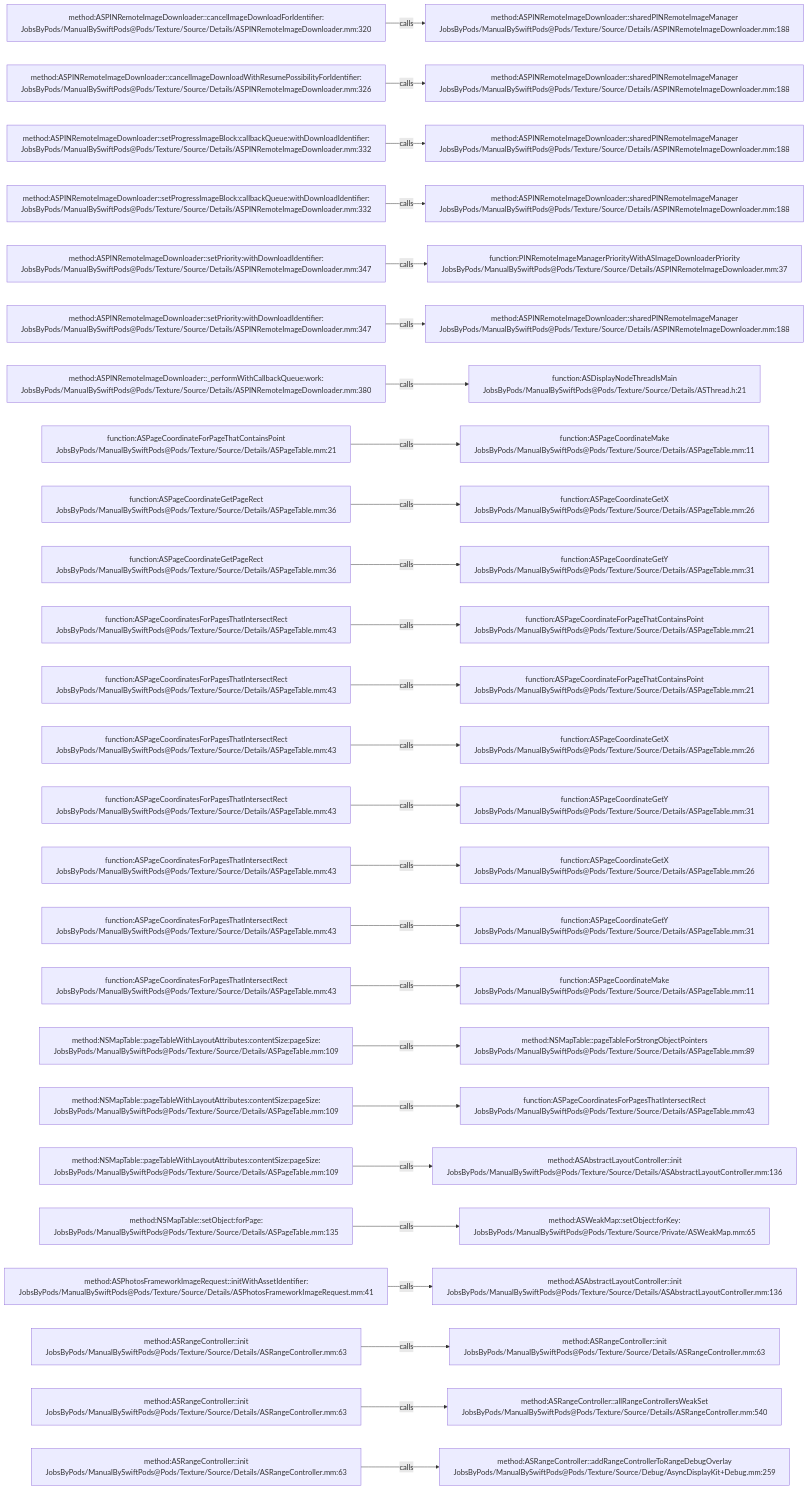
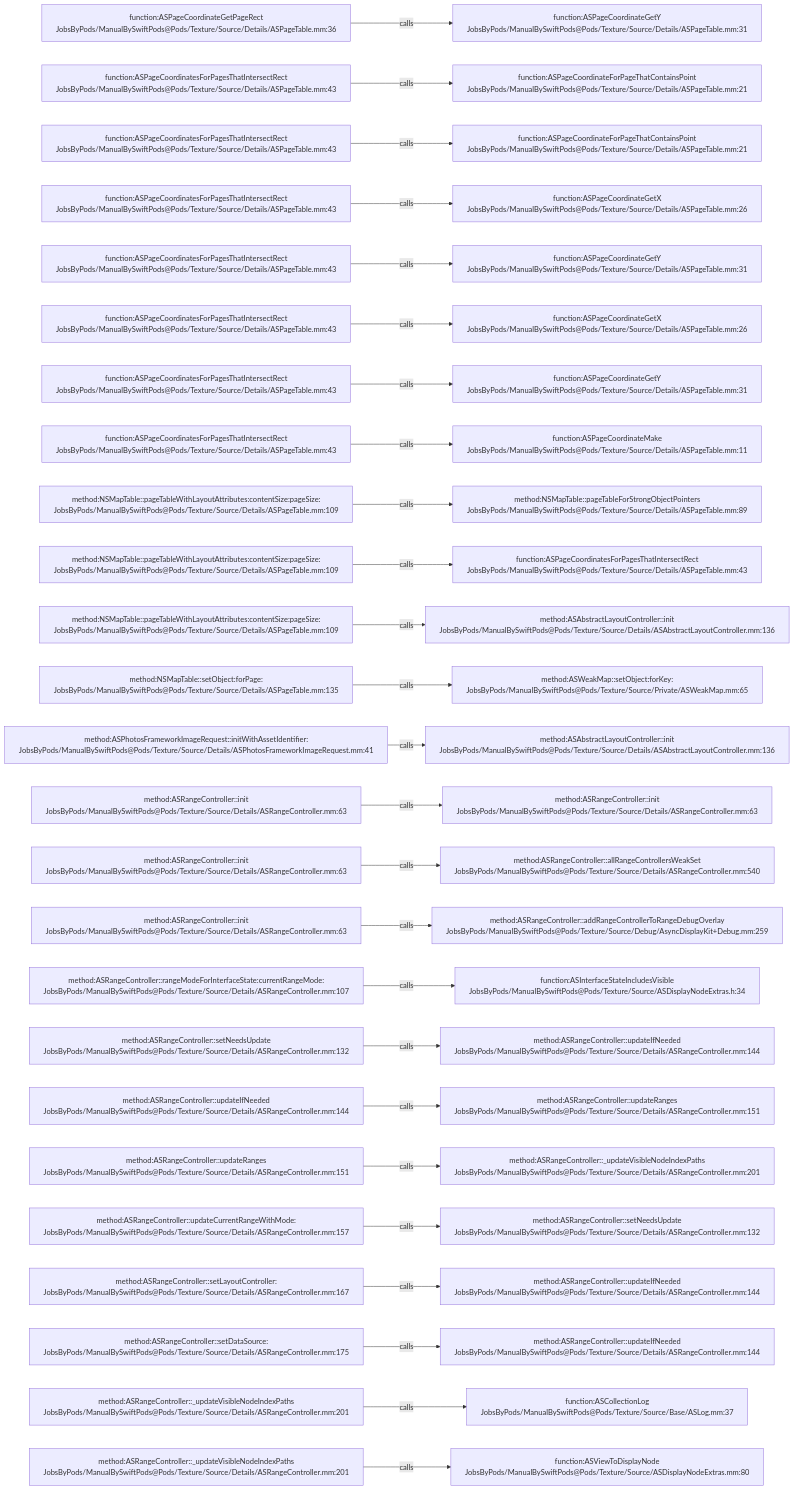
One commit to JobsKits/JobsSwiftBaseConfigDemo changed the diagram in .codegraph/codegraph.md/graphs/calls-093.md. Above: the diagram before and after it, drawn with Mermaid. The commit also changed 707 other files, not shown here.

````diff
--- a/.codegraph/codegraph.md/graphs/calls-093.md
+++ b/.codegraph/codegraph.md/graphs/calls-093.md
@@ -13,78 +13,78 @@
 ```mermaid
 flowchart LR
-  S1["method:ASPINRemoteImageDownloader::cancelImageDownloadForIdentifier:<br/>JobsByPods/ManualBySwiftPods@Pods/Texture/Source/Details/ASPINRemoteImageDownloader.mm:320"]
-  T1["method:ASPINRemoteImageDownloader::sharedPINRemoteImageManager<br/>JobsByPods/ManualBySwiftPods@Pods/Texture/Source/Details/ASPINRemoteImageDownloader.mm:188"]
+  S1["function:ASPageCoordinateGetPageRect<br/>JobsByPods/ManualBySwiftPods@Pods/Texture/Source/Details/ASPageTable.mm:36"]
+  T1["function:ASPageCoordinateGetY<br/>JobsByPods/ManualBySwiftPods@Pods/Texture/Source/Details/ASPageTable.mm:31"]
   S1 -->|calls| T1
-  S2["method:ASPINRemoteImageDownloader::cancelImageDownloadWithResumePossibilityForIdentifier:<br/>JobsByPods/ManualBySwiftPods@Pods/Texture/Source/Details/ASPINRemoteImageDownloader.mm:326"]
-  T2["method:ASPINRemoteImageDownloader::sharedPINRemoteImageManager<br/>JobsByPods/ManualBySwiftPods@Pods/Texture/Source/Details/ASPINRemoteImageDownloader.mm:188"]
+  S2["function:ASPageCoordinatesForPagesThatIntersectRect<br/>JobsByPods/ManualBySwiftPods@Pods/Texture/Source/Details/ASPageTable.mm:43"]
+  T2["function:ASPageCoordinateForPageThatContainsPoint<br/>JobsByPods/ManualBySwiftPods@Pods/Texture/Source/Details/ASPageTable.mm:21"]
   S2 -->|calls| T2
-  S3["method:ASPINRemoteImageDownloader::setProgressImageBlock:callbackQueue:withDownloadIdentifier:<br/>JobsByPods/ManualBySwiftPods@Pods/Texture/Source/Details/ASPINRemoteImageDownloader.mm:332"]
-  T3["method:ASPINRemoteImageDownloader::sharedPINRemoteImageManager<br/>JobsByPods/ManualBySwiftPods@Pods/Texture/Source/Details/ASPINRemoteImageDownloader.mm:188"]
+  S3["function:ASPageCoordinatesForPagesThatIntersectRect<br/>JobsByPods/ManualBySwiftPods@Pods/Texture/Source/Details/ASPageTable.mm:43"]
+  T3["function:ASPageCoordinateForPageThatContainsPoint<br/>JobsByPods/ManualBySwiftPods@Pods/Texture/Source/Details/ASPageTable.mm:21"]
   S3 -->|calls| T3
-  S4["method:ASPINRemoteImageDownloader::setProgressImageBlock:callbackQueue:withDownloadIdentifier:<br/>JobsByPods/ManualBySwiftPods@Pods/Texture/Source/Details/ASPINRemoteImageDownloader.mm:332"]
-  T4["method:ASPINRemoteImageDownloader::sharedPINRemoteImageManager<br/>JobsByPods/ManualBySwiftPods@Pods/Texture/Source/Details/ASPINRemoteImageDownloader.mm:188"]
+  S4["function:ASPageCoordinatesForPagesThatIntersectRect<br/>JobsByPods/ManualBySwiftPods@Pods/Texture/Source/Details/ASPageTable.mm:43"]
+  T4["function:ASPageCoordinateGetX<br/>JobsByPods/ManualBySwiftPods@Pods/Texture/Source/Details/ASPageTable.mm:26"]
   S4 -->|calls| T4
-  S5["method:ASPINRemoteImageDownloader::setPriority:withDownloadIdentifier:<br/>JobsByPods/ManualBySwiftPods@Pods/Texture/Source/Details/ASPINRemoteImageDownloader.mm:347"]
-  T5["function:PINRemoteImageManagerPriorityWithASImageDownloaderPriority<br/>JobsByPods/ManualBySwiftPods@Pods/Texture/Source/Details/ASPINRemoteImageDownloader.mm:37"]
+  S5["function:ASPageCoordinatesForPagesThatIntersectRect<br/>JobsByPods/ManualBySwiftPods@Pods/Texture/Source/Details/ASPageTable.mm:43"]
+  T5["function:ASPageCoordinateGetY<br/>JobsByPods/ManualBySwiftPods@Pods/Texture/Source/Details/ASPageTable.mm:31"]
   S5 -->|calls| T5
-  S6["method:ASPINRemoteImageDownloader::setPriority:withDownloadIdentifier:<br/>JobsByPods/ManualBySwiftPods@Pods/Texture/Source/Details/ASPINRemoteImageDownloader.mm:347"]
-  T6["method:ASPINRemoteImageDownloader::sharedPINRemoteImageManager<br/>JobsByPods/ManualBySwiftPods@Pods/Texture/Source/Details/ASPINRemoteImageDownloader.mm:188"]
+  S6["function:ASPageCoordinatesForPagesThatIntersectRect<br/>JobsByPods/ManualBySwiftPods@Pods/Texture/Source/Details/ASPageTable.mm:43"]
+  T6["function:ASPageCoordinateGetX<br/>JobsByPods/ManualBySwiftPods@Pods/Texture/Source/Details/ASPageTable.mm:26"]
   S6 -->|calls| T6
-  S7["method:ASPINRemoteImageDownloader::_performWithCallbackQueue:work:<br/>JobsByPods/ManualBySwiftPods@Pods/Texture/Source/Details/ASPINRemoteImageDownloader.mm:380"]
-  T7["function:ASDisplayNodeThreadIsMain<br/>JobsByPods/ManualBySwiftPods@Pods/Texture/Source/Details/ASThread.h:21"]
+  S7["function:ASPageCoordinatesForPagesThatIntersectRect<br/>JobsByPods/ManualBySwiftPods@Pods/Texture/Source/Details/ASPageTable.mm:43"]
+  T7["function:ASPageCoordinateGetY<br/>JobsByPods/ManualBySwiftPods@Pods/Texture/Source/Details/ASPageTable.mm:31"]
   S7 -->|calls| T7
-  S8["function:ASPageCoordinateForPageThatContainsPoint<br/>JobsByPods/ManualBySwiftPods@Pods/Texture/Source/Details/ASPageTable.mm:21"]
+  S8["function:ASPageCoordinatesForPagesThatIntersectRect<br/>JobsByPods/ManualBySwiftPods@Pods/Texture/Source/Details/ASPageTable.mm:43"]
   T8["function:ASPageCoordinateMake<br/>JobsByPods/ManualBySwiftPods@Pods/Texture/Source/Details/ASPageTable.mm:11"]
   S8 -->|calls| T8
-  S9["function:ASPageCoordinateGetPageRect<br/>JobsByPods/ManualBySwiftPods@Pods/Texture/Source/Details/ASPageTable.mm:36"]
-  T9["function:ASPageCoordinateGetX<br/>JobsByPods/ManualBySwiftPods@Pods/Texture/Source/Details/ASPageTable.mm:26"]
+  S9["method:NSMapTable::pageTableWithLayoutAttributes:contentSize:pageSize:<br/>JobsByPods/ManualBySwiftPods@Pods/Texture/Source/Details/ASPageTable.mm:109"]
+  T9["method:NSMapTable::pageTableForStrongObjectPointers<br/>JobsByPods/ManualBySwiftPods@Pods/Texture/Source/Details/ASPageTable.mm:89"]
   S9 -->|calls| T9
-  S10["function:ASPageCoordinateGetPageRect<br/>JobsByPods/ManualBySwiftPods@Pods/Texture/Source/Details/ASPageTable.mm:36"]
-  T10["function:ASPageCoordinateGetY<br/>JobsByPods/ManualBySwiftPods@Pods/Texture/Source/Details/ASPageTable.mm:31"]
+  S10["method:NSMapTable::pageTableWithLayoutAttributes:contentSize:pageSize:<br/>JobsByPods/ManualBySwiftPods@Pods/Texture/Source/Details/ASPageTable.mm:109"]
+  T10["function:ASPageCoordinatesForPagesThatIntersectRect<br/>JobsByPods/ManualBySwiftPods@Pods/Texture/Source/Details/ASPageTable.mm:43"]
   S10 -->|calls| T10
-  S11["function:ASPageCoordinatesForPagesThatIntersectRect<br/>JobsByPods/ManualBySwiftPods@Pods/Texture/Source/Details/ASPageTable.mm:43"]
-  T11["function:ASPageCoordinateForPageThatContainsPoint<br/>JobsByPods/ManualBySwiftPods@Pods/Texture/Source/Details/ASPageTable.mm:21"]
+  S11["method:NSMapTable::pageTableWithLayoutAttributes:contentSize:pageSize:<br/>JobsByPods/ManualBySwiftPods@Pods/Texture/Source/Details/ASPageTable.mm:109"]
+  T11["method:ASAbstractLayoutController::init<br/>JobsByPods/ManualBySwiftPods@Pods/Texture/Source/Details/ASAbstractLayoutController.mm:136"]
   S11 -->|calls| T11
-  S12["function:ASPageCoordinatesForPagesThatIntersectRect<br/>JobsByPods/ManualBySwiftPods@Pods/Texture/Source/Details/ASPageTable.mm:43"]
-  T12["function:ASPageCoordinateForPageThatContainsPoint<br/>JobsByPods/ManualBySwiftPods@Pods/Texture/Source/Details/ASPageTable.mm:21"]
+  S12["method:NSMapTable::setObject:forPage:<br/>JobsByPods/ManualBySwiftPods@Pods/Texture/Source/Details/ASPageTable.mm:135"]
+  T12["method:ASWeakMap::setObject:forKey:<br/>JobsByPods/ManualBySwiftPods@Pods/Texture/Source/Private/ASWeakMap.mm:65"]
   S12 -->|calls| T12
-  S13["function:ASPageCoordinatesForPagesThatIntersectRect<br/>JobsByPods/ManualBySwiftPods@Pods/Texture/Source/Details/ASPageTable.mm:43"]
-  T13["function:ASPageCoordinateGetX<br/>JobsByPods/ManualBySwiftPods@Pods/Texture/Source/Details/ASPageTable.mm:26"]
+  S13["method:ASPhotosFrameworkImageRequest::initWithAssetIdentifier:<br/>JobsByPods/ManualBySwiftPods@Pods/Texture/Source/Details/ASPhotosFrameworkImageRequest.mm:41"]
+  T13["method:ASAbstractLayoutController::init<br/>JobsByPods/ManualBySwiftPods@Pods/Texture/Source/Details/ASAbstractLayoutController.mm:136"]
   S13 -->|calls| T13
-  S14["function:ASPageCoordinatesForPagesThatIntersectRect<br/>JobsByPods/ManualBySwiftPods@Pods/Texture/Source/Details/ASPageTable.mm:43"]
-  T14["function:ASPageCoordinateGetY<br/>JobsByPods/ManualBySwiftPods@Pods/Texture/Source/Details/ASPageTable.mm:31"]
+  S14["method:ASRangeController::init<br/>JobsByPods/ManualBySwiftPods@Pods/Texture/Source/Details/ASRangeController.mm:63"]
+  T14["method:ASRangeController::init<br/>JobsByPods/ManualBySwiftPods@Pods/Texture/Source/Details/ASRangeController.mm:63"]
   S14 -->|calls| T14
-  S15["function:ASPageCoordinatesForPagesThatIntersectRect<br/>JobsByPods/ManualBySwiftPods@Pods/Texture/Source/Details/ASPageTable.mm:43"]
-  T15["function:ASPageCoordinateGetX<br/>JobsByPods/ManualBySwiftPods@Pods/Texture/Source/Details/ASPageTable.mm:26"]
+  S15["method:ASRangeController::init<br/>JobsByPods/ManualBySwiftPods@Pods/Texture/Source/Details/ASRangeController.mm:63"]
+  T15["method:ASRangeController::allRangeControllersWeakSet<br/>JobsByPods/ManualBySwiftPods@Pods/Texture/Source/Details/ASRangeController.mm:540"]
   S15 -->|calls| T15
-  S16["function:ASPageCoordinatesForPagesThatIntersectRect<br/>JobsByPods/ManualBySwiftPods@Pods/Texture/Source/Details/ASPageTable.mm:43"]
-  T16["function:ASPageCoordinateGetY<br/>JobsByPods/ManualBySwiftPods@Pods/Texture/Source/Details/ASPageTable.mm:31"]
+  S16["method:ASRangeController::init<br/>JobsByPods/ManualBySwiftPods@Pods/Texture/Source/Details/ASRangeController.mm:63"]
+  T16["method:ASRangeController::addRangeControllerToRangeDebugOverlay<br/>JobsByPods/ManualBySwiftPods@Pods/Texture/Source/Debug/AsyncDisplayKit+Debug.mm:259"]
   S16 -->|calls| T16
-  S17["function:ASPageCoordinatesForPagesThatIntersectRect<br/>JobsByPods/ManualBySwiftPods@Pods/Texture/Source/Details/ASPageTable.mm:43"]
-  T17["function:ASPageCoordinateMake<br/>JobsByPods/ManualBySwiftPods@Pods/Texture/Source/Details/ASPageTable.mm:11"]
+  S17["method:ASRangeController::rangeModeForInterfaceState:currentRangeMode:<br/>JobsByPods/ManualBySwiftPods@Pods/Texture/Source/Details/ASRangeController.mm:107"]
+  T17["function:ASInterfaceStateIncludesVisible<br/>JobsByPods/ManualBySwiftPods@Pods/Texture/Source/ASDisplayNodeExtras.h:34"]
   S17 -->|calls| T17
-  S18["method:NSMapTable::pageTableWithLayoutAttributes:contentSize:pageSize:<br/>JobsByPods/ManualBySwiftPods@Pods/Texture/Source/Details/ASPageTable.mm:109"]
-  T18["method:NSMapTable::pageTableForStrongObjectPointers<br/>JobsByPods/ManualBySwiftPods@Pods/Texture/Source/Details/ASPageTable.mm:89"]
+  S18["method:ASRangeController::setNeedsUpdate<br/>JobsByPods/ManualBySwiftPods@Pods/Texture/Source/Details/ASRangeController.mm:132"]
+  T18["method:ASRangeController::updateIfNeeded<br/>JobsByPods/ManualBySwiftPods@Pods/Texture/Source/Details/ASRangeController.mm:144"]
   S18 -->|calls| T18
-  S19["method:NSMapTable::pageTableWithLayoutAttributes:contentSize:pageSize:<br/>JobsByPods/ManualBySwiftPods@Pods/Texture/Source/Details/ASPageTable.mm:109"]
-  T19["function:ASPageCoordinatesForPagesThatIntersectRect<br/>JobsByPods/ManualBySwiftPods@Pods/Texture/Source/Details/ASPageTable.mm:43"]
+  S19["method:ASRangeController::updateIfNeeded<br/>JobsByPods/ManualBySwiftPods@Pods/Texture/Source/Details/ASRangeController.mm:144"]
+  T19["method:ASRangeController::updateRanges<br/>JobsByPods/ManualBySwiftPods@Pods/Texture/Source/Details/ASRangeController.mm:151"]
   S19 -->|calls| T19
-  S20["method:NSMapTable::pageTableWithLayoutAttributes:contentSize:pageSize:<br/>JobsByPods/ManualBySwiftPods@Pods/Texture/Source/Details/ASPageTable.mm:109"]
-  T20["method:ASAbstractLayoutController::init<br/>JobsByPods/ManualBySwiftPods@Pods/Texture/Source/Details/ASAbstractLayoutController.mm:136"]
+  S20["method:ASRangeController::updateRanges<br/>JobsByPods/ManualBySwiftPods@Pods/Texture/Source/Details/ASRangeController.mm:151"]
+  T20["method:ASRangeController::_updateVisibleNodeIndexPaths<br/>JobsByPods/ManualBySwiftPods@Pods/Texture/Source/Details/ASRangeController.mm:201"]
   S20 -->|calls| T20
-  S21["method:NSMapTable::setObject:forPage:<br/>JobsByPods/ManualBySwiftPods@Pods/Texture/Source/Details/ASPageTable.mm:135"]
-  T21["method:ASWeakMap::setObject:forKey:<br/>JobsByPods/ManualBySwiftPods@Pods/Texture/Source/Private/ASWeakMap.mm:65"]
+  S21["method:ASRangeController::updateCurrentRangeWithMode:<br/>JobsByPods/ManualBySwiftPods@Pods/Texture/Source/Details/ASRangeController.mm:157"]
+  T21["method:ASRangeController::setNeedsUpdate<br/>JobsByPods/ManualBySwiftPods@Pods/Texture/Source/Details/ASRangeController.mm:132"]
   S21 -->|calls| T21
-  S22["method:ASPhotosFrameworkImageRequest::initWithAssetIdentifier:<br/>JobsByPods/ManualBySwiftPods@Pods/Texture/Source/Details/ASPhotosFrameworkImageRequest.mm:41"]
-  T22["method:ASAbstractLayoutController::init<br/>JobsByPods/ManualBySwiftPods@Pods/Texture/Source/Details/ASAbstractLayoutController.mm:136"]
+  S22["method:ASRangeController::setLayoutController:<br/>JobsByPods/ManualBySwiftPods@Pods/Texture/Source/Details/ASRangeController.mm:167"]
+  T22["method:ASRangeController::updateIfNeeded<br/>JobsByPods/ManualBySwiftPods@Pods/Texture/Source/Details/ASRangeController.mm:144"]
   S22 -->|calls| T22
-  S23["method:ASRangeController::init<br/>JobsByPods/ManualBySwiftPods@Pods/Texture/Source/Details/ASRangeController.mm:63"]
-  T23["method:ASRangeController::init<br/>JobsByPods/ManualBySwiftPods@Pods/Texture/Source/Details/ASRangeController.mm:63"]
+  S23["method:ASRangeController::setDataSource:<br/>JobsByPods/ManualBySwiftPods@Pods/Texture/Source/Details/ASRangeController.mm:175"]
+  T23["method:ASRangeController::updateIfNeeded<br/>JobsByPods/ManualBySwiftPods@Pods/Texture/Source/Details/ASRangeController.mm:144"]
   S23 -->|calls| T23
-  S24["method:ASRangeController::init<br/>JobsByPods/ManualBySwiftPods@Pods/Texture/Source/Details/ASRangeController.mm:63"]
-  T24["method:ASRangeController::allRangeControllersWeakSet<br/>JobsByPods/ManualBySwiftPods@Pods/Texture/Source/Details/ASRangeController.mm:540"]
+  S24["method:ASRangeController::_updateVisibleNodeIndexPaths<br/>JobsByPods/ManualBySwiftPods@Pods/Texture/Source/Details/ASRangeController.mm:201"]
+  T24["function:ASCollectionLog<br/>JobsByPods/ManualBySwiftPods@Pods/Texture/Source/Base/ASLog.mm:37"]
   S24 -->|calls| T24
-  S25["method:ASRangeController::init<br/>JobsByPods/ManualBySwiftPods@Pods/Texture/Source/Details/ASRangeController.mm:63"]
-  T25["method:ASRangeController::addRangeControllerToRangeDebugOverlay<br/>JobsByPods/ManualBySwiftPods@Pods/Texture/Source/Debug/AsyncDisplayKit+Debug.mm:259"]
+  S25["method:ASRangeController::_updateVisibleNodeIndexPaths<br/>JobsByPods/ManualBySwiftPods@Pods/Texture/Source/Details/ASRangeController.mm:201"]
+  T25["function:ASViewToDisplayNode<br/>JobsByPods/ManualBySwiftPods@Pods/Texture/Source/ASDisplayNodeExtras.mm:80"]
   S25 -->|calls| T25
 ```
````
